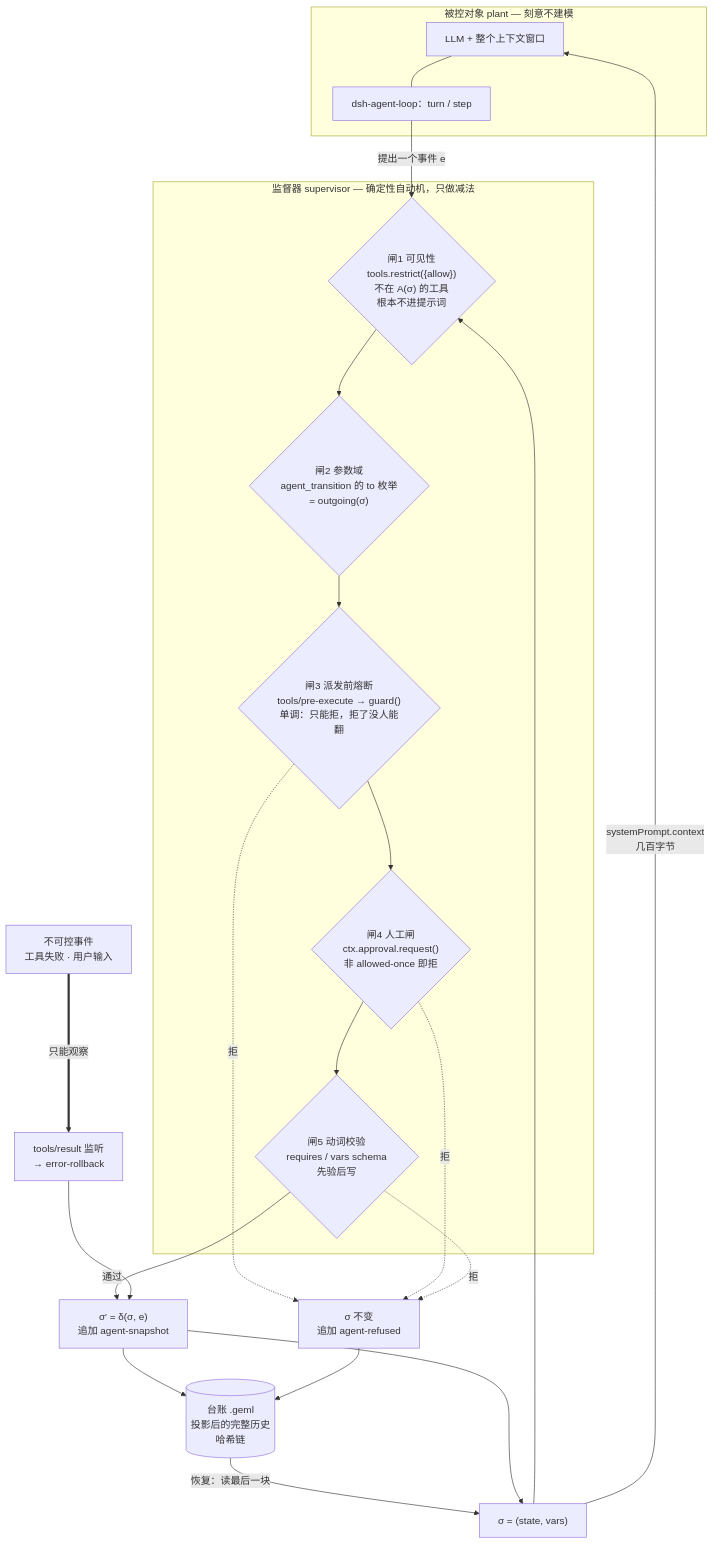
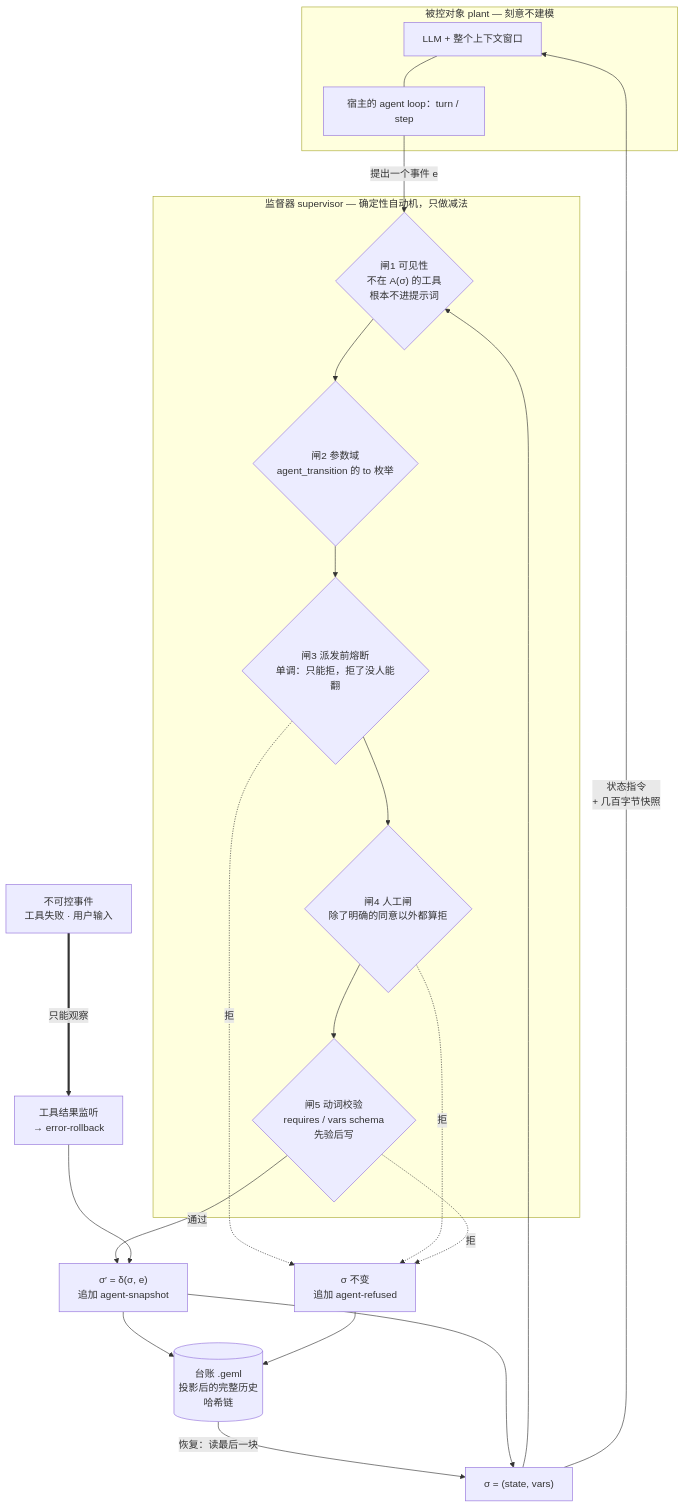
Before and after one commit to geml-spec/geml: the diagram in integrations/geml-agent-runtime/README.zh.md, drawn with Mermaid. The commit also changed other lines of this file and 25 other files, not shown here.

````diff
--- a/integrations/geml-agent-runtime/README.zh.md
+++ b/integrations/geml-agent-runtime/README.zh.md
@@ -14,34 +14,34 @@
 ```mermaid
 flowchart TB
     subgraph plant["被控对象 plant — 刻意不建模"]
         M["LLM + 整个上下文窗口"]
-        L["dsh-agent-loop：turn / step"]
+        L["宿主的 agent loop：turn / step"]
         M --- L
     end
 
     L -->|"提出一个事件 e"| G1
 
     subgraph sup["监督器 supervisor — 确定性自动机，只做减法"]
-        G1{"闸1 可见性<br/>tools.restrict({allow})<br/>不在 A(σ) 的工具<br/>根本不进提示词"}
-        G2{"闸2 参数域<br/>agent_transition 的 to 枚举<br/>= outgoing(σ)"}
-        G3{"闸3 派发前熔断<br/>tools/pre-execute → guard()<br/>单调：只能拒，拒了没人能翻"}
-        G4{"闸4 人工闸<br/>ctx.approval.request()<br/>非 allowed-once 即拒"}
+        G1{"闸1 可见性<br/>不在 A(σ) 的工具<br/>根本不进提示词"}
+        G2{"闸2 参数域<br/>agent_transition 的 to 枚举"}
+        G3{"闸3 派发前熔断<br/>单调：只能拒，拒了没人能翻"}
+        G4{"闸4 人工闸<br/>除了明确的同意以外都算拒"}
         G5{"闸5 动词校验<br/>requires / vars schema<br/>先验后写"}
         G1 --> G2 --> G3 --> G4 --> G5
     end
 
     G5 -->|"通过"| NEXT["σ′ = δ(σ, e)<br/>追加 agent-snapshot"]
     G3 -.->|"拒"| REF["σ 不变<br/>追加 agent-refused"]
     G4 -.->|"拒"| REF
     G5 -.->|"拒"| REF
 
-    UNC["不可控事件<br/>工具失败 · 用户输入"] ==>|"只能观察"| RESP["tools/result 监听<br/>→ error-rollback"]
+    UNC["不可控事件<br/>工具失败 · 用户输入"] ==>|"只能观察"| RESP["工具结果监听<br/>→ error-rollback"]
     RESP --> NEXT
 
     NEXT --> LEDGER[("台账 .geml<br/>投影后的完整历史<br/>哈希链")]
     REF --> LEDGER
     LEDGER -->|"恢复：读最后一块"| SIGMA
     SIGMA["σ = (state, vars)"] --> G1
     NEXT --> SIGMA
-    SIGMA -->|"systemPrompt.context<br/>几百字节"| M
+    SIGMA -->|"状态指令<br/>+ 几百字节快照"| M
 ```
````
